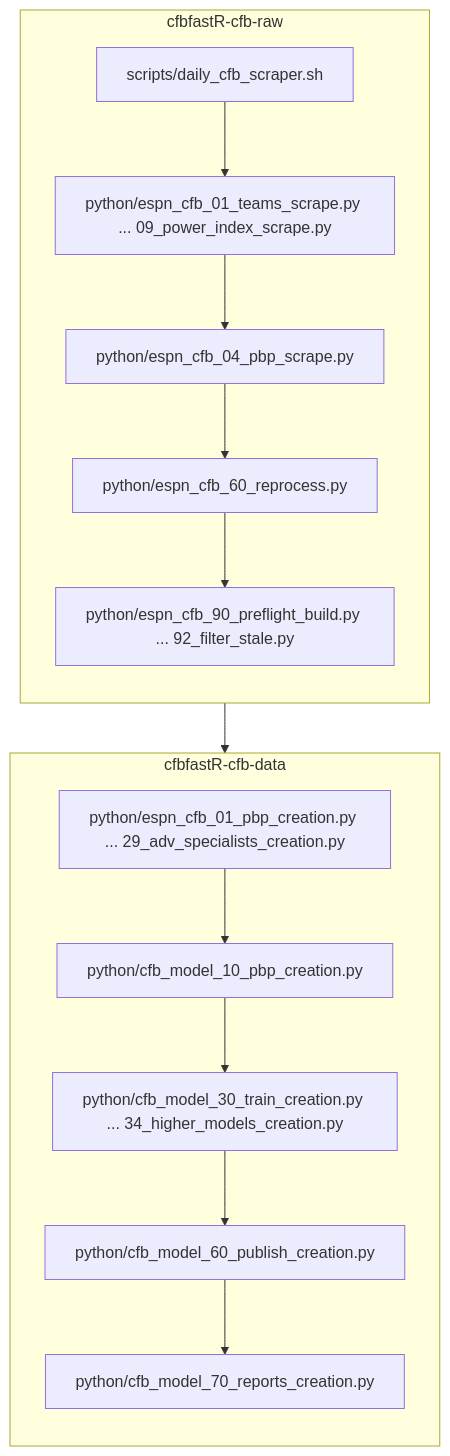
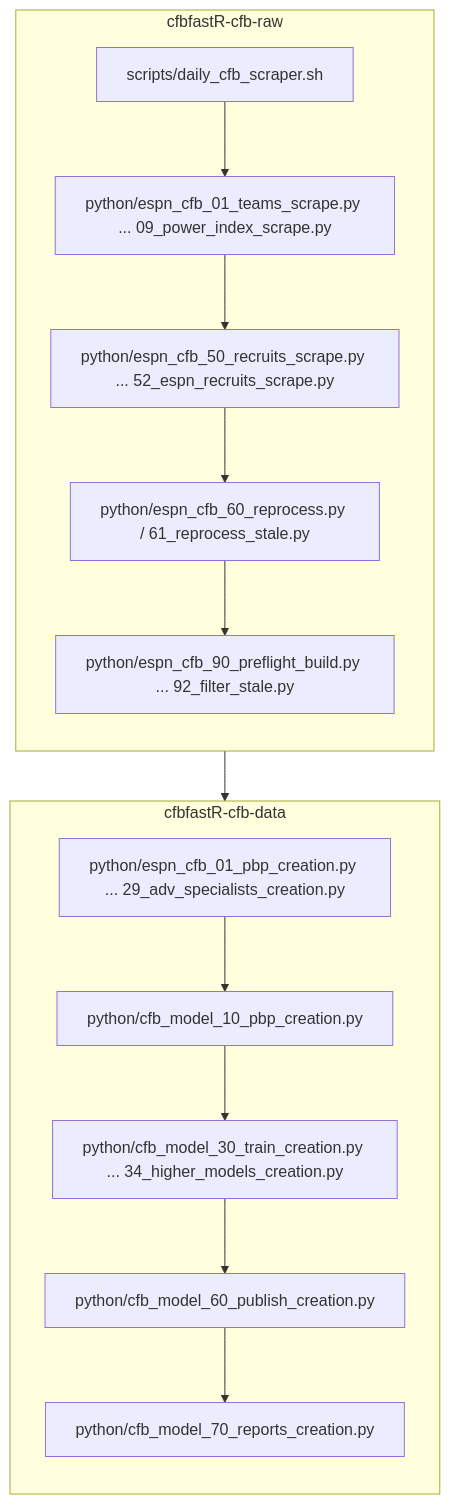
Before and after one commit to sportsdataverse/cfbfastR-cfb-raw: the second of 2 diagrams in README.md, drawn with Mermaid.

Commit message:
docs(readme): fix stage ordering in pipeline diagram (04 was drawn after 01..09)

````diff
--- a/README.md
+++ b/README.md
@@ -19,18 +19,18 @@
 ```mermaid
 flowchart TB;
     subgraph RAW[cfbfastR-cfb-raw];
         direction TB;
-        R1[python/espn_cfb_01_teams_scrape.py ... 09_power_index_scrape.py] --> R2[python/espn_cfb_04_pbp_scrape.py];
-        R2 --> R3[python/espn_cfb_60_reprocess.py];
+        R5[scripts/daily_cfb_scraper.sh] --> R1;
+        R1[python/espn_cfb_01_teams_scrape.py ... 09_power_index_scrape.py] --> R2[python/espn_cfb_50_recruits_scrape.py ... 52_espn_recruits_scrape.py];
+        R2 --> R3[python/espn_cfb_60_reprocess.py / 61_reprocess_stale.py];
         R3 --> R4[python/espn_cfb_90_preflight_build.py ... 92_filter_stale.py];
-        R5[scripts/daily_cfb_scraper.sh] --> R1;
     end;
     subgraph DATA[cfbfastR-cfb-data];
         direction TB;
         D1[python/espn_cfb_01_pbp_creation.py ... 29_adv_specialists_creation.py] --> D2[python/cfb_model_10_pbp_creation.py];
         D2 --> D3[python/cfb_model_30_train_creation.py ... 34_higher_models_creation.py];
         D3 --> D4[python/cfb_model_60_publish_creation.py];
         D4 --> D5[python/cfb_model_70_reports_creation.py];
     end;
     RAW --> DATA;
 ```
````
